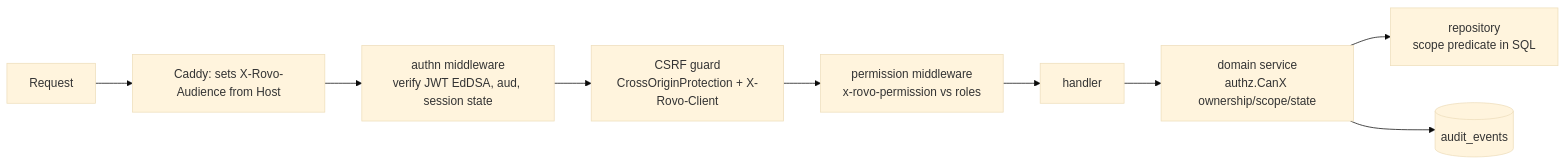
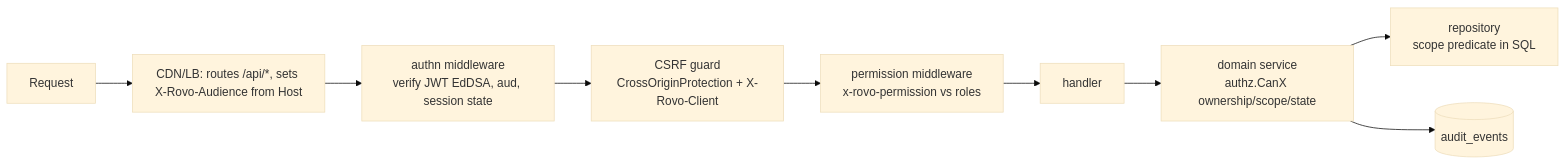
The third of 3 diagrams in docs/planning/12-auth-rbac.md (storetmobiles2-code/rovo), drawn with Mermaid (base theme) before and after one commit. The commit also changed other lines of this file and 11 other files, not shown here.

````diff
--- a/docs/planning/12-auth-rbac.md
+++ b/docs/planning/12-auth-rbac.md
@@ -510,11 +524,11 @@
 ```mermaid
 flowchart LR
-  R[Request] --> A1[Caddy: sets X-Rovo-Audience from Host]
+  R[Request] --> A1[CDN/LB: routes /api/*, sets X-Rovo-Audience from Host]
   A1 --> M1[authn middleware<br/>verify JWT EdDSA, aud, session state]
   M1 --> M2[CSRF guard<br/>CrossOriginProtection + X-Rovo-Client]
   M2 --> M3[permission middleware<br/>x-rovo-permission vs roles]
   M3 --> H[handler]
   H --> S[domain service<br/>authz.CanX ownership/scope/state]
   S --> Q[repository<br/>scope predicate in SQL]
   S --> AU[(audit_events)]
 ```
````
